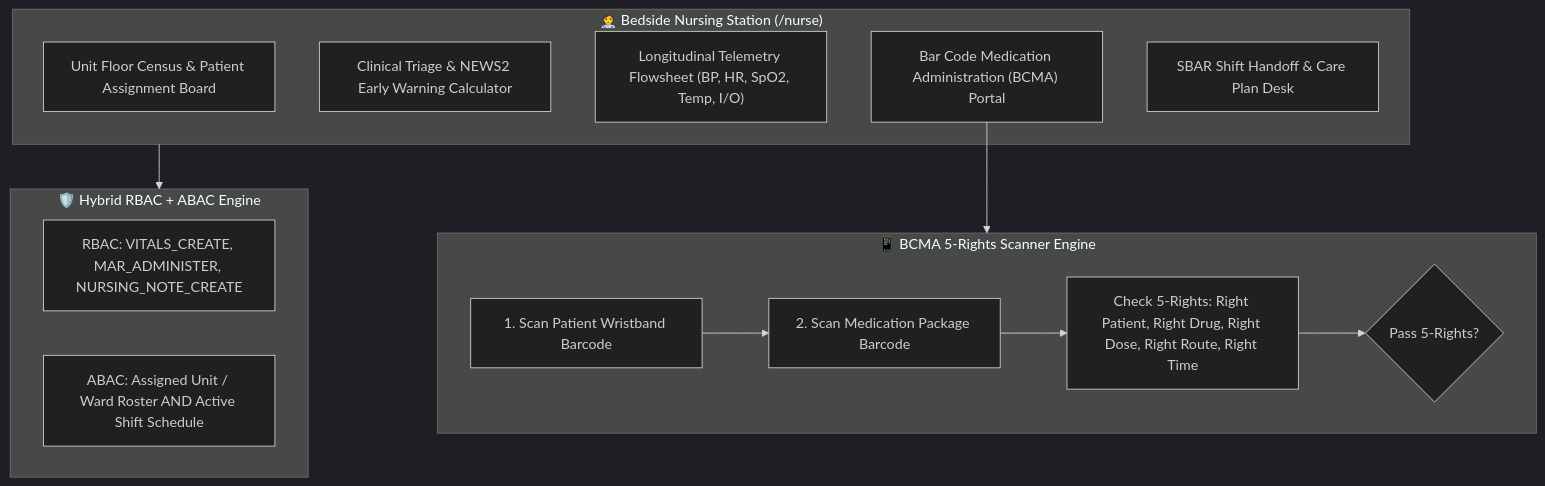
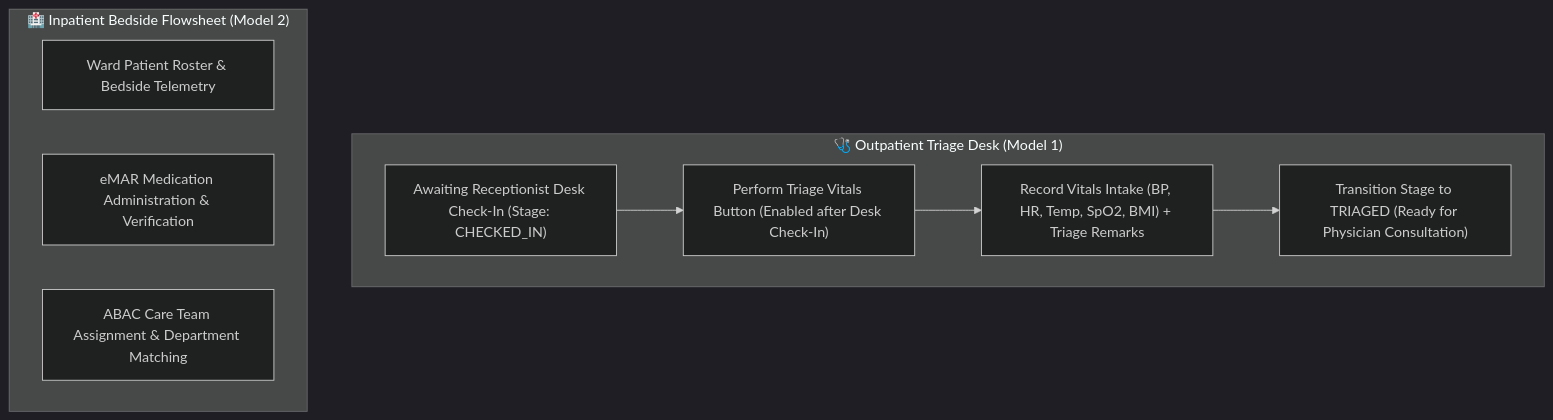
The diagram in docs/workspaces/nurse-workspace-spec.md (kamranxdev/Sentinel-EHR), drawn with Mermaid (dark theme) before and after one commit. The commit also changed other lines of this file and 17 other files, not shown here.

Commit message:
feat: implement nurse triage vitals intake flow and update appointment staging status to IN_CONSULTATION

````diff
--- a/docs/workspaces/nurse-workspace-spec.md
+++ b/docs/workspaces/nurse-workspace-spec.md
@@ -11,25 +11,16 @@
 ```mermaid
 flowchart TD
-    subgraph Nursing_Station ["👩‍⚕️ Bedside Nursing Station (/nurse)"]
-        UnitCensus["Unit Floor Census & Patient Assignment Board"]
-        TriageEWS["Clinical Triage & NEWS2 Early Warning Calculator"]
-        TelemetryFlow["Longitudinal Telemetry Flowsheet (BP, HR, SpO2, Temp, I/O)"]
-        BCMA_Engine["Bar Code Medication Administration (BCMA) Portal"]
-        SBAR_Handoff["SBAR Shift Handoff & Care Plan Desk"]
+    subgraph Outpatient_Triage ["🩺 Outpatient Triage Desk (Model 1)"]
+        DeskCheckIn["Awaiting Receptionist Desk Check-In (Stage: CHECKED_IN)"]
+        TriageBtn["Perform Triage Vitals Button (Enabled after Desk Check-In)"]
+        VitalsIntake["Record Vitals Intake (BP, HR, Temp, SpO2, BMI) + Triage Remarks"]
+        Transition["Transition Stage to TRIAGED (Ready for Physician Consultation)"]
+        DeskCheckIn --> TriageBtn --> VitalsIntake --> Transition
     end
 
-    subgraph BCMA_Validation ["📱 BCMA 5-Rights Scanner Engine"]
-        PatientScan["1. Scan Patient Wristband Barcode"]
-        DrugScan["2. Scan Medication Package Barcode"]
-        RightCheck["Check 5-Rights: Right Patient, Right Drug, Right Dose, Right Route, Right Time"]
-        PatientScan --> DrugScan --> RightCheck --> BCMA_Decision{Pass 5-Rights?}
+    subgraph Inpatient_Bedside ["🏥 Inpatient Bedside Flowsheet (Model 2)"]
+        WardCensus["Ward Patient Roster & Bedside Telemetry"]
+        eMAR["eMAR Medication Administration & Verification"]
+        ABAC["ABAC Care Team Assignment & Department Matching"]
     end
-
-    subgraph Target_Security ["🛡️ Hybrid RBAC + ABAC Engine"]
-        RBAC["RBAC: VITALS_CREATE, MAR_ADMINISTER, NURSING_NOTE_CREATE"]
-        ABAC["ABAC: Assigned Unit / Ward Roster AND Active Shift Schedule"]
-    end
-
-    Nursing_Station --> Target_Security
-    BCMA_Engine --> BCMA_Validation
 ```
````
